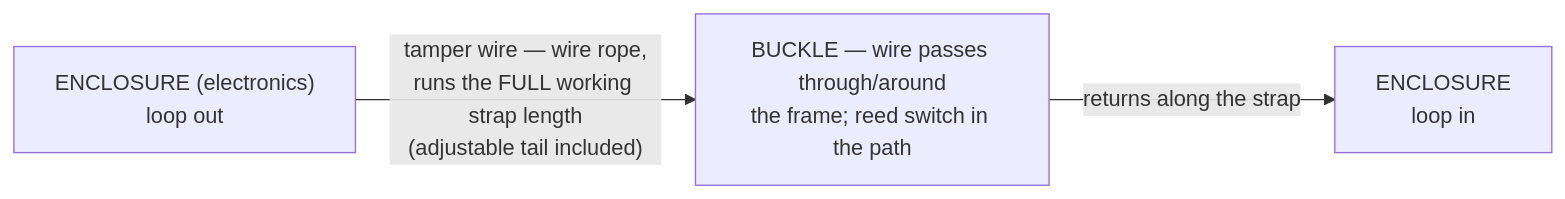
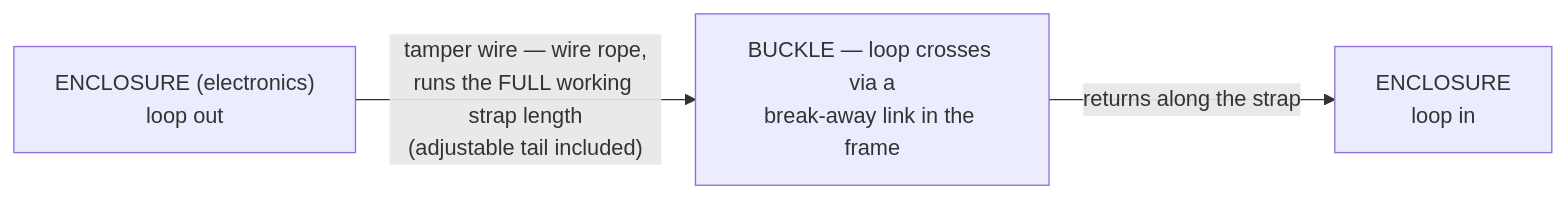
One commit to qppd/smart-collar changed the second of 2 diagrams in docs/TAMPER.md. Above: the diagram before and after it, drawn with Mermaid. The commit also changed other lines of this file and 11 other files, not shown here.

First line of the commit message:
Remove reed switches; tamper detection via loop physics, motion via polling

````diff
--- a/docs/TAMPER.md
+++ b/docs/TAMPER.md
@@ -50,5 +49,5 @@
 ```mermaid
 flowchart LR
-    OUT["ENCLOSURE (electronics)<br/>loop out"] -- "tamper wire — wire rope,<br/>runs the FULL working strap length<br/>(adjustable tail included)" --> BUCKLE["BUCKLE — wire passes through/around<br/>the frame; reed switch in the path"]
+    OUT["ENCLOSURE (electronics)<br/>loop out"] -- "tamper wire — wire rope,<br/>runs the FULL working strap length<br/>(adjustable tail included)" --> BUCKLE["BUCKLE — loop crosses via a<br/>break-away link in the frame"]
     BUCKLE -- "returns along the strap" --> IN["ENCLOSURE<br/>loop in"]
 ```
````
